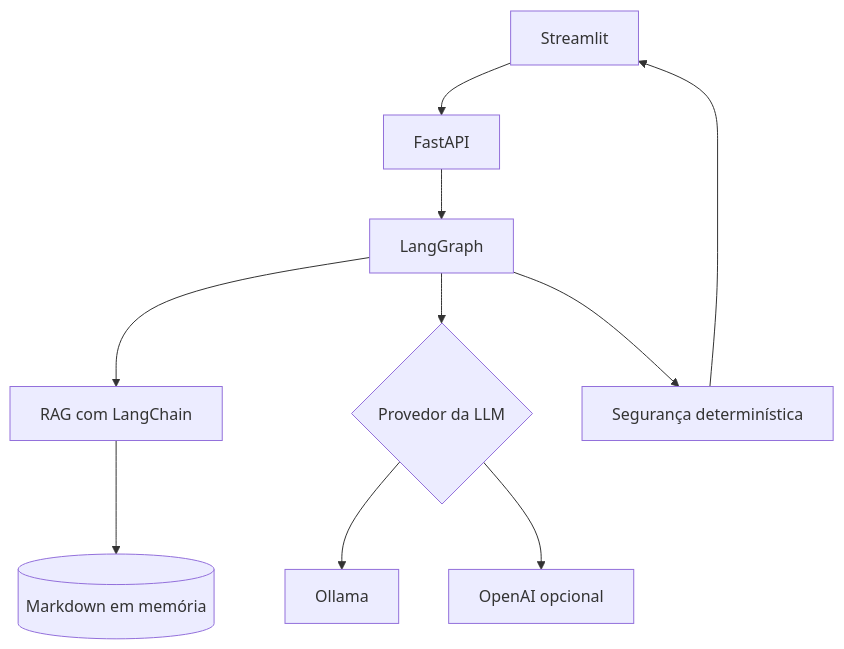
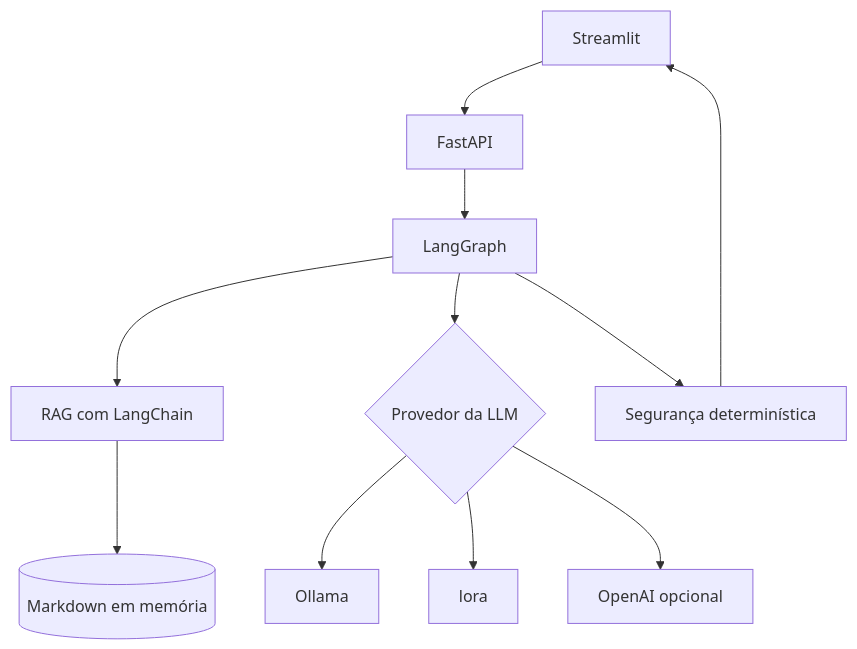
Before and after one commit to gigran/F3Challenge-CardioAssistAI: the diagram in README.md, drawn with Mermaid. The commit also changed other lines of this file and 2 other files, not shown here.

````diff
--- a/README.md
+++ b/README.md
@@ -50,12 +50,13 @@
 ```mermaid
 flowchart TD
     UI[Streamlit] --> API[FastAPI]
     API --> G[LangGraph]
     G --> R[RAG com LangChain]
     R --> KB[(Markdown em memória)]
     G --> L{Provedor da LLM}
     L --> O[Ollama]
+    L --> OL[lora]
     L --> OA[OpenAI opcional]
     G --> S[Segurança determinística]
     S --> UI
 ```
````
